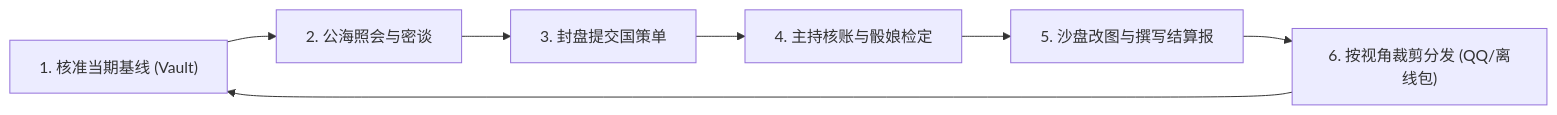
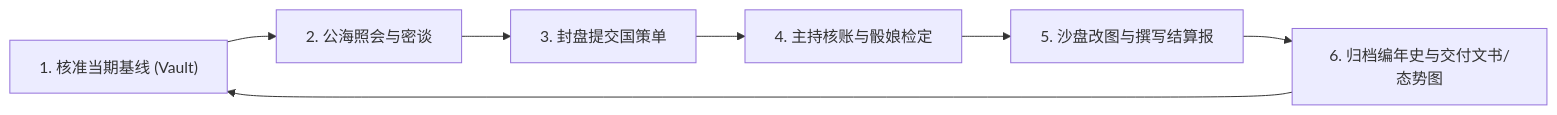
One commit to anyu0804/wenyou-pro changed the diagram in docs/国内国策推演文游需求调研与功能演进.md. Above: the diagram before and after it, drawn with Mermaid. The commit also changed other lines of this file and 32 other files, not shown here.

````diff
--- a/docs/国内国策推演文游需求调研与功能演进.md
+++ b/docs/国内国策推演文游需求调研与功能演进.md
@@ -39,9 +39,9 @@
 ```mermaid
 flowchart LR
   A["1. 核准当期基线 (Vault)"] --> B["2. 公海照会与密谈"]
   B --> C["3. 封盘提交国策单"]
   C --> D["4. 主持核账与骰娘检定"]
   D --> E["5. 沙盘改图与撰写结算报"]
-  E --> F["6. 按视角裁剪分发 (QQ/离线包)"]
+  E --> F["6. 归档编年史与交付文书/态势图"]
   F --> A
 ```
````
